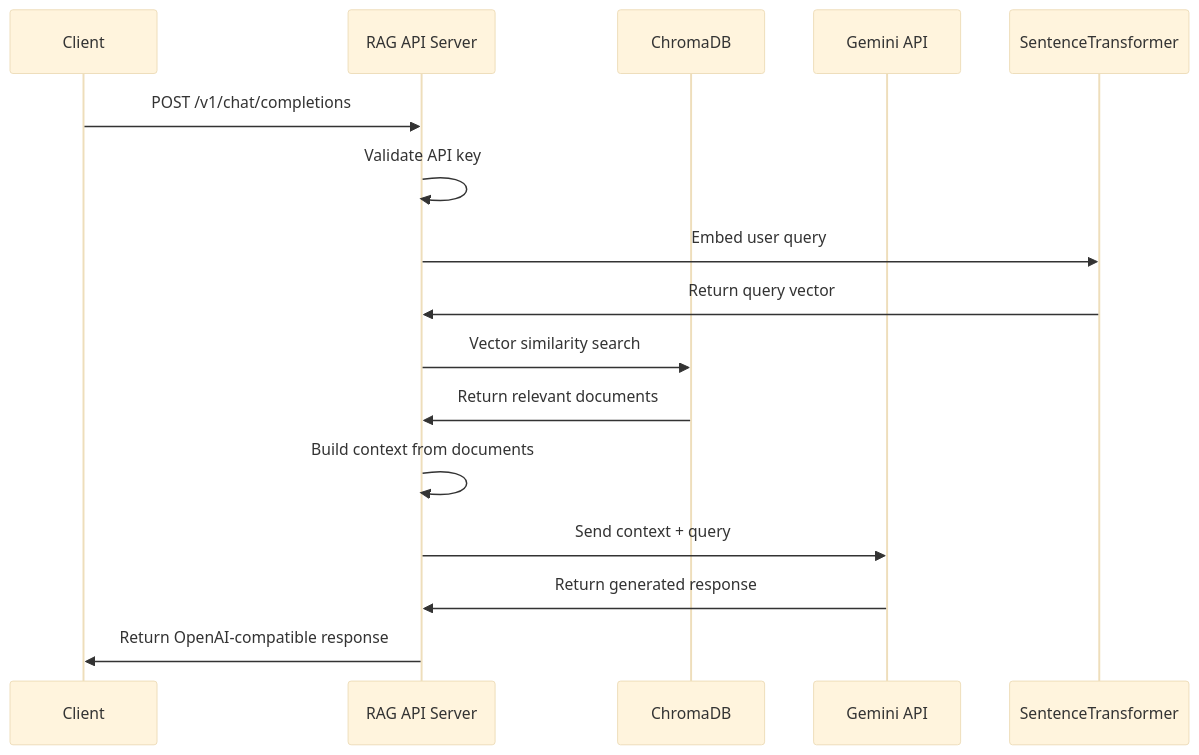
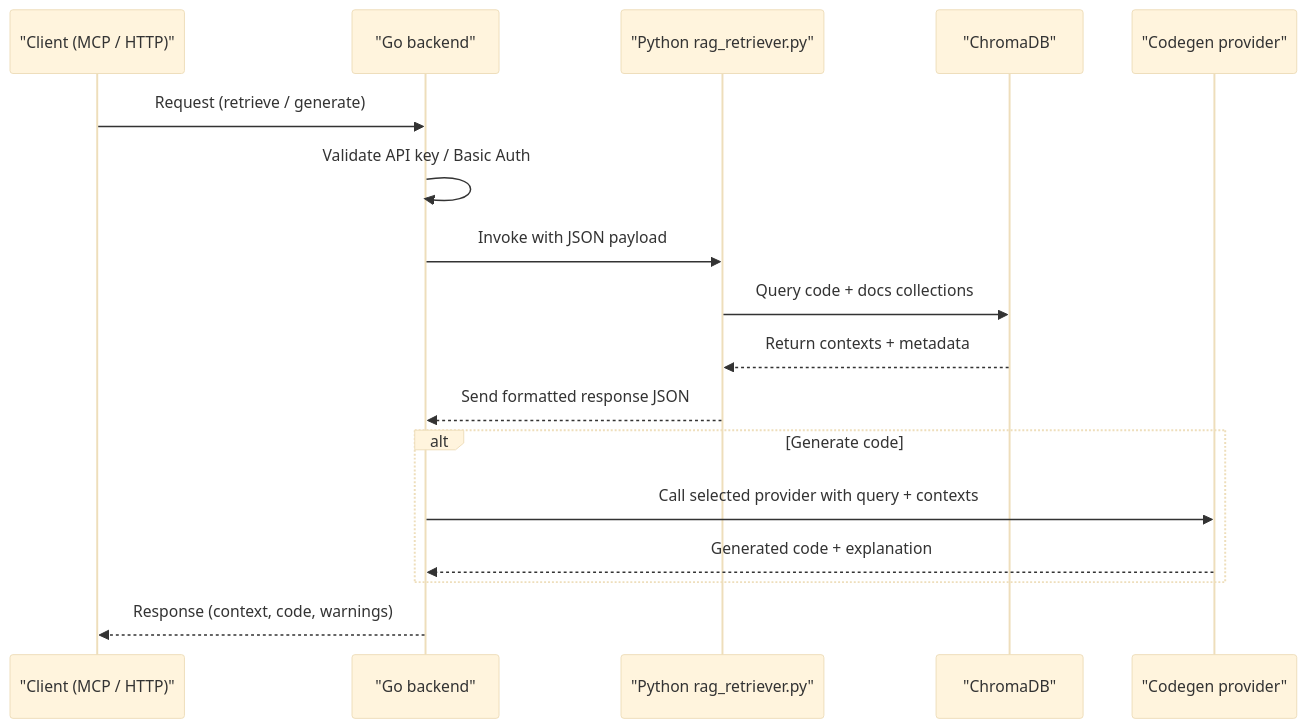
One commit to Quantum3-Labs/icp-coder changed the fourth of 4 diagrams in RAG_PIPELINE_DIAGRAM.md. Above: the diagram before and after it, drawn with Mermaid (base theme). The commit also changed other lines of this file and 3 other files, not shown here.

Commit message:
Update rag diagrams, add architecture diagram

````diff
--- a/RAG_PIPELINE_DIAGRAM.md
+++ b/RAG_PIPELINE_DIAGRAM.md
@@ -177,23 +111,20 @@
 ```mermaid
 sequenceDiagram
-    participant C as Client
-    participant RAS as RAG API Server
-    participant CD as ChromaDB
-    participant G as Gemini API
-    participant ST as SentenceTransformer
+    participant Client as "Client (MCP / HTTP)"
+    participant Backend as "Go backend"
+    participant Retriever as "Python rag_retriever.py"
+    participant Chroma as "ChromaDB"
+    participant Provider as "Codegen provider"
 
-    C->>RAS: POST /v1/chat/completions
-    RAS->>RAS: Validate API key
-    
-    RAS->>ST: Embed user query
-    ST->>RAS: Return query vector
-    
-    RAS->>CD: Vector similarity search
-    CD->>RAS: Return relevant documents
-    
-    RAS->>RAS: Build context from documents
-    RAS->>G: Send context + query
-    G->>RAS: Return generated response
-    
-    RAS->>C: Return OpenAI-compatible response
+    Client->>Backend: Request (retrieve / generate)
+    Backend->>Backend: Validate API key / Basic Auth
+    Backend->>Retriever: Invoke with JSON payload
+    Retriever->>Chroma: Query code + docs collections
+    Chroma-->>Retriever: Return contexts + metadata
+    Retriever-->>Backend: Send formatted response JSON
+    alt Generate code
+        Backend->>Provider: Call selected provider with query + contexts
+        Provider-->>Backend: Generated code + explanation
+    end
+    Backend-->>Client: Response (context, code, warnings)
 ```
````
